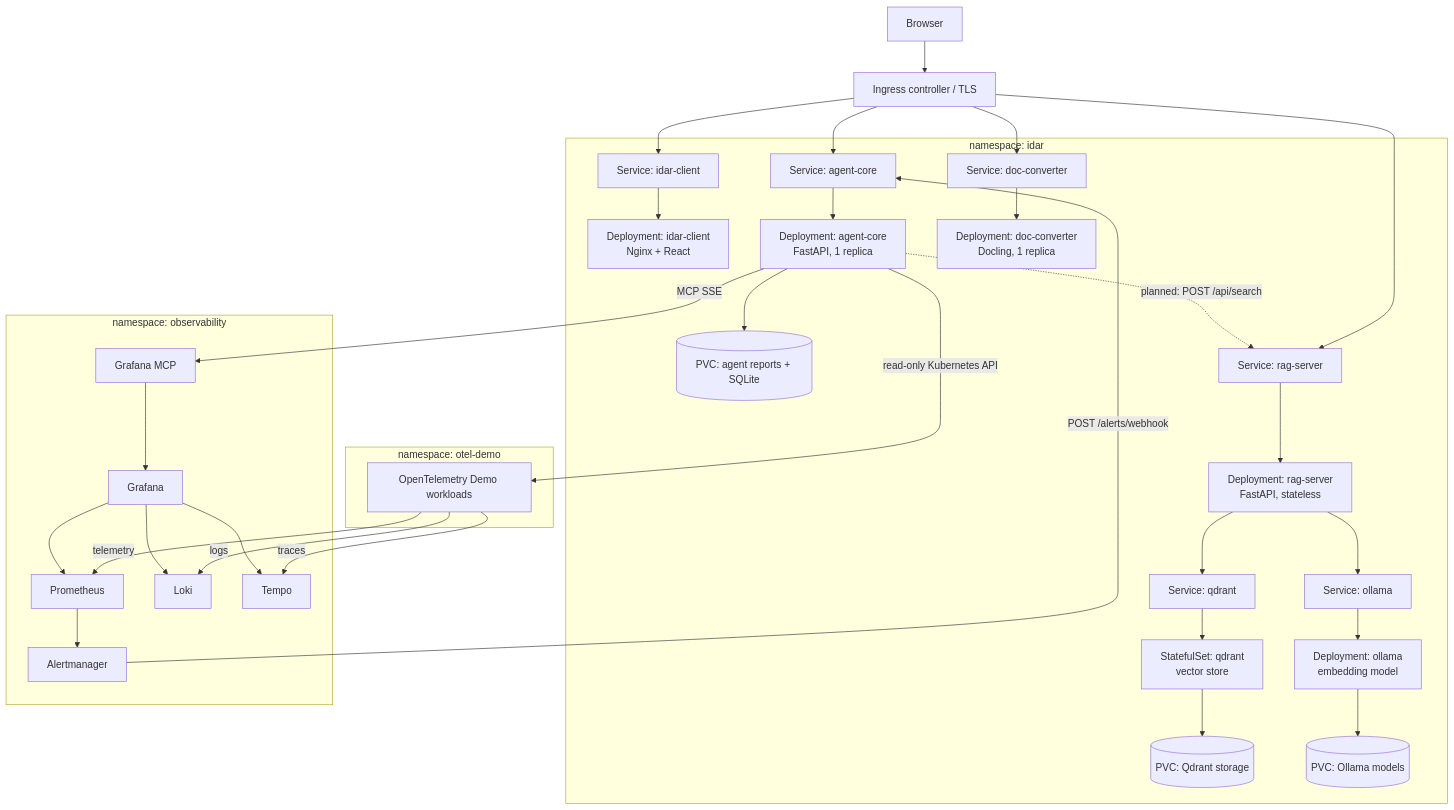
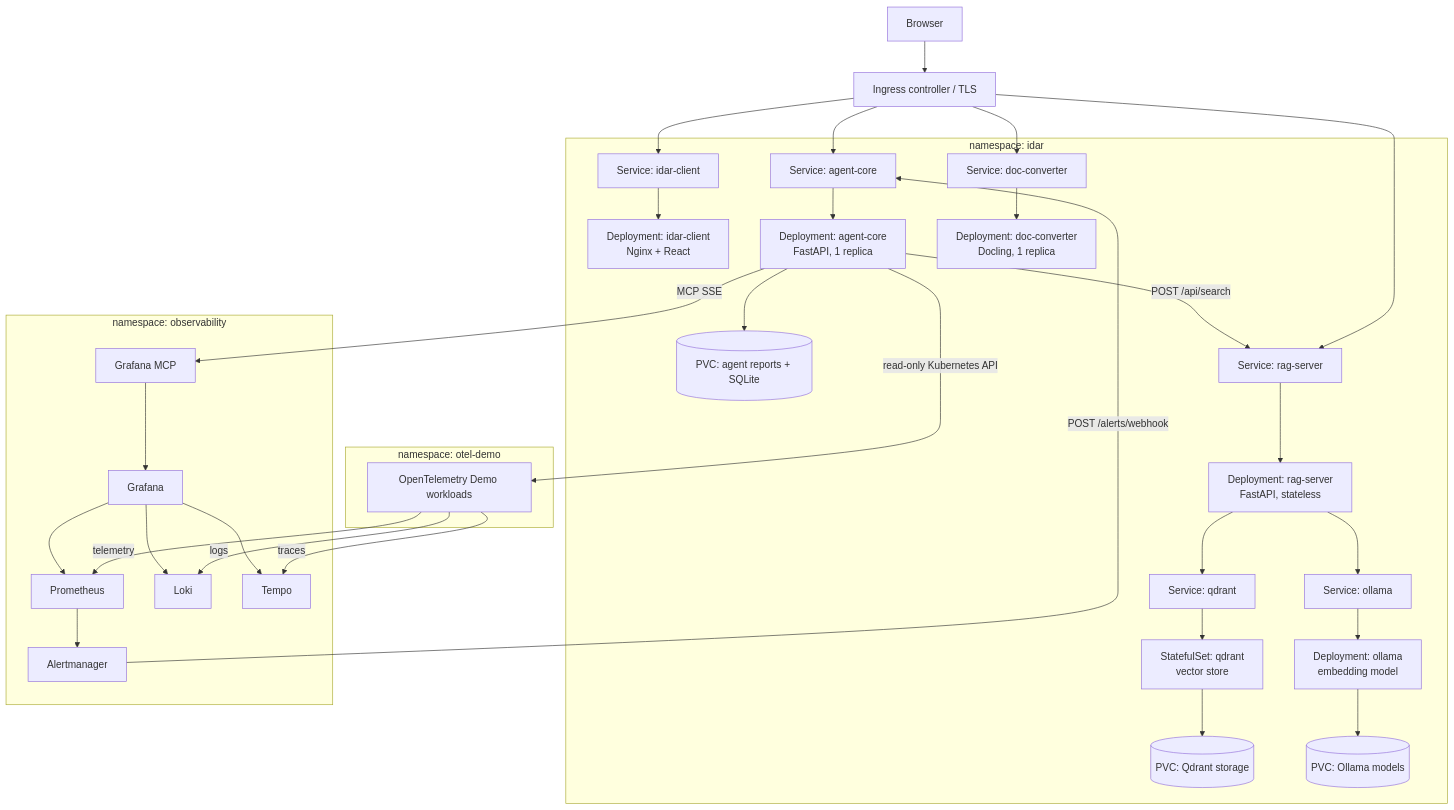
The diagram in docs/CLUSTER.md (SzymonTyburczy/Agent-Based-System-for-Supporting-Incident-Diagnosis-in-Cloud-Native-Infrastructures), drawn with Mermaid before and after one commit. The commit also changed 17 other files, not shown here.

Commit message:
feat(agent-core): integrate RAG knowledge base search

````diff
--- a/docs/CLUSTER.md
+++ b/docs/CLUSTER.md
@@ -10,66 +10,66 @@
 ```mermaid
 flowchart TB
     User[Browser]
     Ingress[Ingress controller / TLS]
 
     subgraph Idar[namespace: idar]
         Client[Deployment: idar-client<br/>Nginx + React]
         Agent[Deployment: agent-core<br/>FastAPI, 1 replica]
         Converter[Deployment: doc-converter<br/>Docling, 1 replica]
         ClientSvc[Service: idar-client]
         AgentSvc[Service: agent-core]
         ConverterSvc[Service: doc-converter]
         Reports[(PVC: agent reports + SQLite)]
         RAG[Deployment: rag-server<br/>FastAPI, stateless]
         Qdrant[StatefulSet: qdrant<br/>vector store]
         Ollama[Deployment: ollama<br/>embedding model]
         RAGSvc[Service: rag-server]
         QdrantSvc[Service: qdrant]
         OllamaSvc[Service: ollama]
         Vectors[(PVC: Qdrant storage)]
         Models[(PVC: Ollama models)]
 
         ClientSvc --> Client
         AgentSvc --> Agent
         ConverterSvc --> Converter
         Agent --> Reports
         RAGSvc --> RAG
         QdrantSvc --> Qdrant
         OllamaSvc --> Ollama
         RAG --> QdrantSvc
         RAG --> OllamaSvc
         Qdrant --> Vectors
         Ollama --> Models
-        Agent -.->|planned: POST /api/search| RAGSvc
+        Agent -->|POST /api/search| RAGSvc
     end
 
     subgraph Observability[namespace: observability]
         MCP[Grafana MCP]
         Grafana[Grafana]
         Prometheus[Prometheus]
         Alertmanager[Alertmanager]
         Loki[Loki]
         Tempo[Tempo]
         MCP --> Grafana
         Grafana --> Prometheus
         Grafana --> Loki
         Grafana --> Tempo
         Prometheus --> Alertmanager
     end
 
     subgraph Demo[namespace: otel-demo]
         Workloads[OpenTelemetry Demo workloads]
     end
 
     User --> Ingress
     Ingress --> ClientSvc
     Ingress --> AgentSvc
     Ingress --> ConverterSvc
     Ingress --> RAGSvc
     Alertmanager -->|POST /alerts/webhook| AgentSvc
     Agent -->|MCP SSE| MCP
     Agent -->|read-only Kubernetes API| Workloads
     Workloads -->|telemetry| Prometheus
     Workloads -->|logs| Loki
     Workloads -->|traces| Tempo
 ```
````
